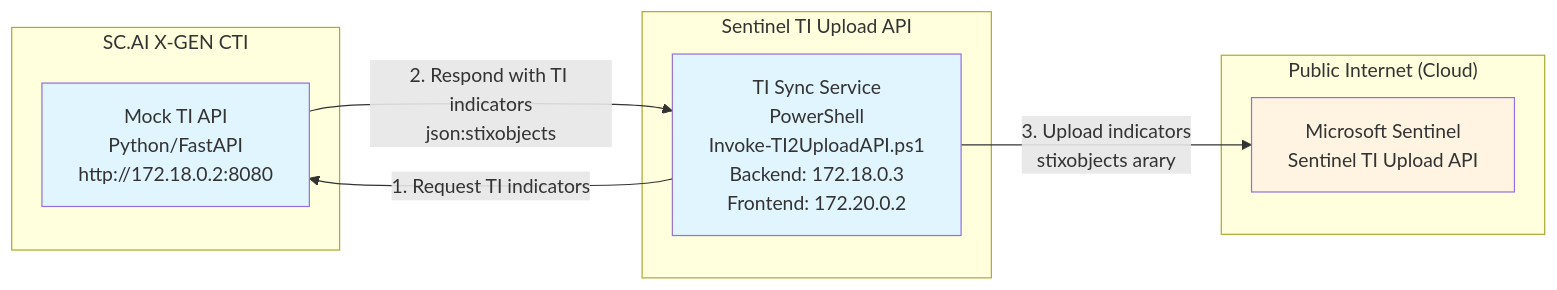
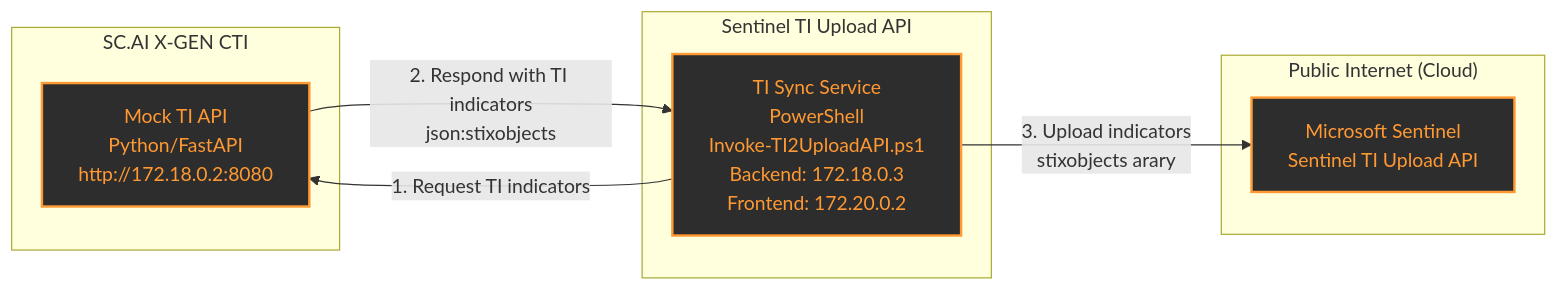
The diagram in README.md (dcodev1702/Sentinel-TI-Upload-with-Mock-TI-API), drawn with Mermaid before and after one commit.

````diff
--- a/README.md
+++ b/README.md
@@ -6,22 +6,22 @@
 ```mermaid
 graph LR
     subgraph "SC.AI X-GEN CTI"
         A[Mock TI API<br/>Python/FastAPI<br/>http://172.18.0.2:8080]
     end
     
     subgraph "Sentinel TI Upload API"
         B[TI Sync Service<br/>PowerShell<br/>Invoke-TI2UploadAPI.ps1<br/>Backend: 172.18.0.3<br/>Frontend: 172.20.0.2]
     end
     
     subgraph "Public Internet (Cloud)"
         C[Microsoft Sentinel<br/>Sentinel TI Upload API]
     end
     
     B -->|1. Request TI indicators| A
     A -->|2. Respond with TI indicators<br/>json:stixobjects| B
     B -->|3. Upload indicators<br/>stixobjects arary| C
     
-    style A fill:#e1f5ff
-    style B fill:#e1f5ff
-    style C fill:#fff4e1
+    style A fill:#2d2d2d,stroke:#ff9933,stroke-width:2px,color:#ff9933
+    style B fill:#2d2d2d,stroke:#ff9933,stroke-width:2px,color:#ff9933
+    style C fill:#2d2d2d,stroke:#ff9933,stroke-width:2px,color:#ff9933
 ```
````
